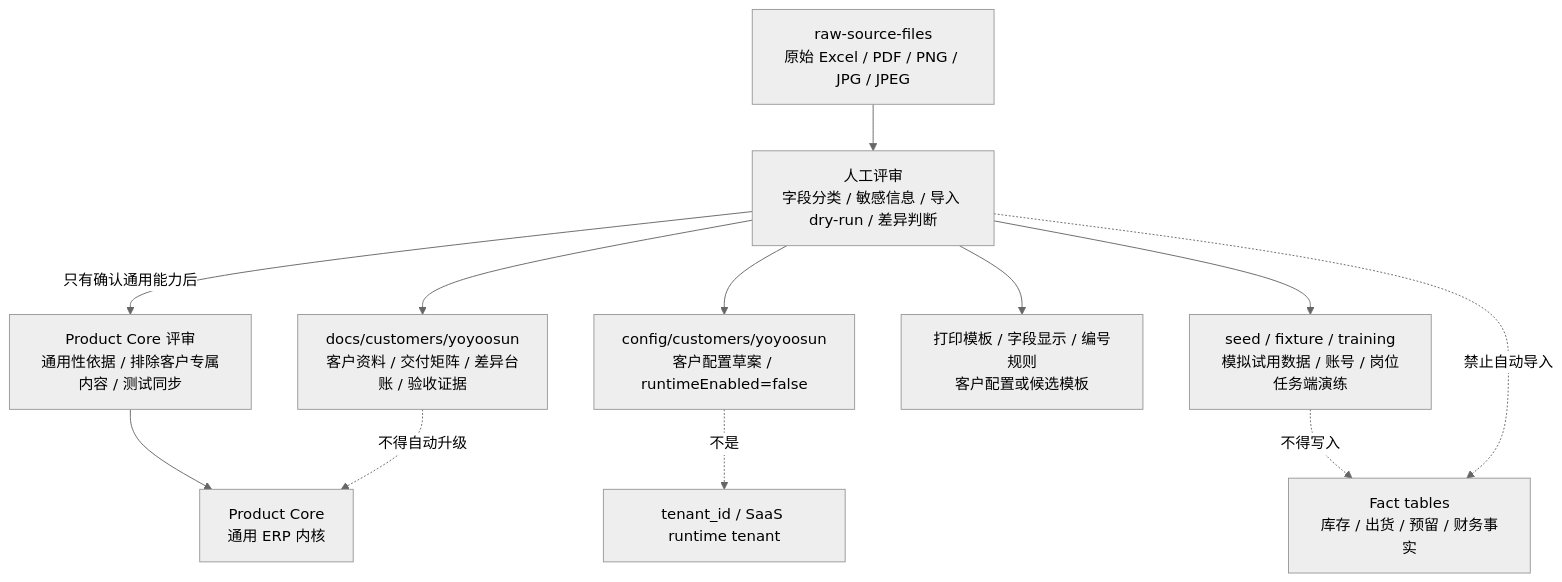
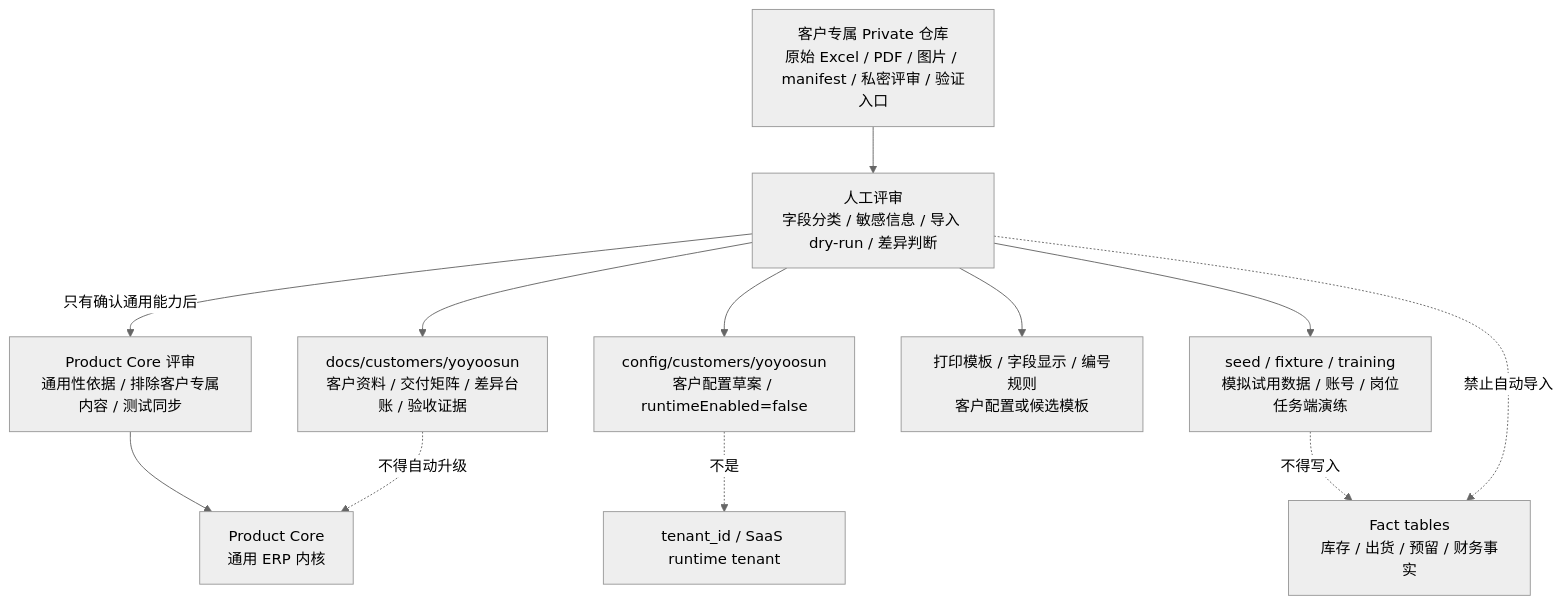
Before and after one commit to saurick/plush-toy-erp: the diagram in docs/customers/yoyoosun/README.md, drawn with Mermaid (neutral theme). The commit also changed other lines of this file and 623 other files, not shown here.

````diff
--- a/docs/customers/yoyoosun/README.md
+++ b/docs/customers/yoyoosun/README.md
@@ -20,25 +20,25 @@
 ```mermaid
 flowchart TD
-  raw["raw-source-files<br/>原始 Excel / PDF / PNG / JPG / JPEG"]
+  privateRepo["客户专属 Private 仓库<br/>原始 Excel / PDF / 图片 / manifest / 私密评审 / 验证入口"]
   review["人工评审<br/>字段分类 / 敏感信息 / 导入 dry-run / 差异判断"]
   docs["docs/customers/yoyoosun<br/>客户资料 / 交付矩阵 / 差异台账 / 验收证据"]
   config["config/customers/yoyoosun<br/>客户配置草案 / runtimeEnabled=false"]
   training["seed / fixture / training<br/>模拟试用数据 / 账号 / 岗位任务端演练"]
   templates["打印模板 / 字段显示 / 编号规则<br/>客户配置或候选模板"]
   productCore["Product Core<br/>通用 ERP 内核"]
   coreGate["Product Core 评审<br/>通用性依据 / 排除客户专属内容 / 测试同步"]
   facts["Fact tables<br/>库存 / 出货 / 预留 / 财务事实"]
   tenant["tenant_id / SaaS runtime tenant"]
 
-  raw --> review
+  privateRepo --> review
   review --> docs
   review --> config
   review --> training
   review --> templates
   review -->|只有确认通用能力后| coreGate
   coreGate --> productCore
   docs -. 不得自动升级 .-> productCore
   config -. 不是 .-> tenant
   training -. 不得写入 .-> facts
   review -. 禁止自动导入 .-> facts
 ```
````
